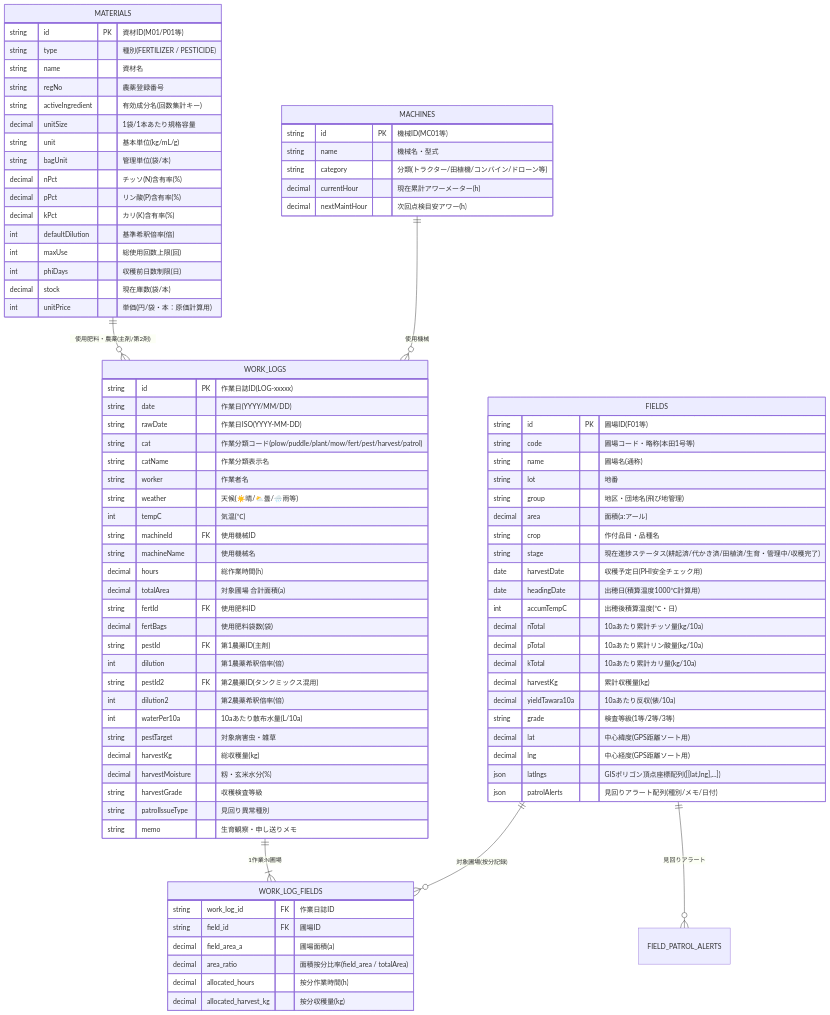
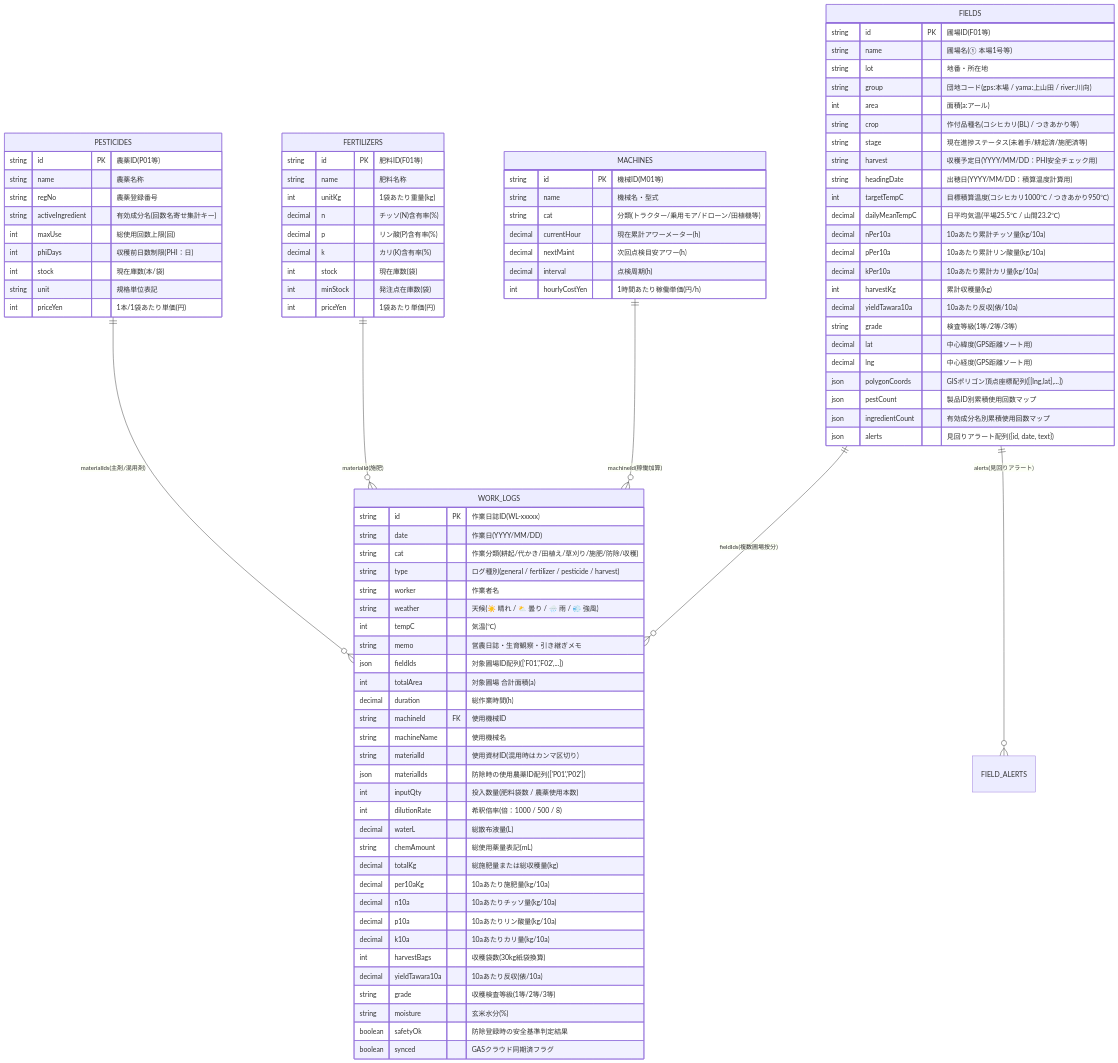
The third of 3 diagrams in docs/requirements_and_db_design.md (SHOMASATOADV/einou), drawn with Mermaid before and after one commit. The commit also changed other lines of this file and 5 other files, not shown here.

````diff
--- a/docs/requirements_and_db_design.md
+++ b/docs/requirements_and_db_design.md
@@ -169,96 +168,101 @@
 ```mermaid
 erDiagram
-    FIELDS ||--o{ WORK_LOG_FIELDS : "対象圃場(按分記録)"
-    FIELDS ||--o{ FIELD_PATROL_ALERTS : "見回りアラート"
-    WORK_LOGS ||--|{ WORK_LOG_FIELDS : "1作業:N圃場"
-    MACHINES ||--o{ WORK_LOGS : "使用機械"
-    MATERIALS ||--o{ WORK_LOGS : "使用肥料・農薬(主剤/第2剤)"
+    FIELDS ||--o{ WORK_LOGS : "fieldIds(複数圃場按分)"
+    FIELDS ||--o{ FIELD_ALERTS : "alerts(見回りアラート)"
+    MACHINES ||--o{ WORK_LOGS : "machineId(稼働加算)"
+    FERTILIZERS ||--o{ WORK_LOGS : "materialId(施肥)"
+    PESTICIDES ||--o{ WORK_LOGS : "materialIds(主剤/混用剤)"
 
     FIELDS {
         string id PK "圃場ID(F01等)"
-        string code "圃場コード・略称(本田1号等)"
-        string name "圃場名(通称)"
-        string lot "地番"
-        string group "地区・団地名(飛び地管理)"
-        decimal area "面積(a:アール)"
-        string crop "作付品目・品種名"
-        string stage "現在進捗ステータス(耕起済/代かき済/田植済/生育・管理中/収穫完了)"
-        date harvestDate "収穫予定日(PHI安全チェック用)"
-        date headingDate "出穂日(積算温度1000℃計算用)"
-        int accumTempC "出穂後積算温度(℃・日)"
-        decimal nTotal "10aあたり累計チッソ量(kg/10a)"
-        decimal pTotal "10aあたり累計リン酸量(kg/10a)"
-        decimal kTotal "10aあたり累計カリ量(kg/10a)"
-        decimal harvestKg "累計収穫量(kg)"
+        string name "圃場名(① 本場1号等)"
+        string lot "地番・所在地"
+        string group "団地コード(gps:本場 / yama:上山田 / river:川向)"
+        int area "面積(a:アール)"
+        string crop "作付品種名(コシヒカリ(BL) / つきあかり等)"
+        string stage "現在進捗ステータス(未着手/耕起済/施肥済等)"
+        string harvest "収穫予定日(YYYY/MM/DD：PHI安全チェック用)"
+        string headingDate "出穂日(YYYY/MM/DD：積算温度計算用)"
+        int targetTempC "目標積算温度(コシヒカリ1000℃ / つきあかり950℃)"
+        decimal dailyMeanTempC "日平均気温(平場25.5℃ / 山間23.2℃)"
+        decimal nPer10a "10aあたり累計チッソ量(kg/10a)"
+        decimal pPer10a "10aあたり累計リン酸量(kg/10a)"
+        decimal kPer10a "10aあたり累計カリ量(kg/10a)"
+        int harvestKg "累計収穫量(kg)"
         decimal yieldTawara10a "10aあたり反収(俵/10a)"
         string grade "検査等級(1等/2等/3等)"
         decimal lat "中心緯度(GPS距離ソート用)"
         decimal lng "中心経度(GPS距離ソート用)"
-        json latlngs "GISポリゴン頂点座標配列([[lat,lng],...])"
-        json patrolAlerts "見回りアラート配列(種別/メモ/日付)"
+        json polygonCoords "GISポリゴン頂点座標配列([[lng,lat],...])"
+        json pestCount "製品ID別累積使用回数マップ"
+        json ingredientCount "有効成分名別累積使用回数マップ"
+        json alerts "見回りアラート配列({id, date, text})"
     }
 
     WORK_LOGS {
-        string id PK "作業日誌ID(LOG-xxxxx)"
+        string id PK "作業日誌ID(WL-xxxxx)"
         string date "作業日(YYYY/MM/DD)"
-        string rawDate "作業日ISO(YYYY-MM-DD)"
-        string cat "作業分類コード(plow/puddle/plant/mow/fert/pest/harvest/patrol)"
-        string catName "作業分類表示名"
+        string cat "作業分類(耕起/代かき/田植え/草刈り/施肥/防除/収穫)"
+        string type "ログ種別(general / fertilizer / pesticide / harvest)"
         string worker "作業者名"
-        string weather "天候(☀️晴/⛅曇/🌧️雨等)"
+        string weather "天候(☀️ 晴れ / ⛅ 曇り / 🌧️ 雨 / 💨 強風)"
         int tempC "気温(℃)"
+        string memo "営農日誌・生育観察・引き継ぎメモ"
+        json fieldIds "対象圃場ID配列(['F01','F02',...])"
+        int totalArea "対象圃場 合計面積(a)"
+        decimal duration "総作業時間(h)"
         string machineId FK "使用機械ID"
         string machineName "使用機械名"
-        decimal hours "総作業時間(h)"
-        decimal totalArea "対象圃場 合計面積(a)"
-        string fertId FK "使用肥料ID"
-        decimal fertBags "使用肥料袋数(袋)"
-        string pestId FK "第1農薬ID(主剤)"
-        int dilution "第1農薬希釈倍率(倍)"
-        string pestId2 FK "第2農薬ID(タンクミックス混用)"
-        int dilution2 "第2農薬希釈倍率(倍)"
-        int waterPer10a "10aあたり散布水量(L/10a)"
-        string pestTarget "対象病害虫・雑草"
-        decimal harvestKg "総収穫量(kg)"
-        decimal harvestMoisture "籾・玄米水分(%)"
-        string harvestGrade "収穫検査等級"
-        string patrolIssueType "見回り異常種別"
-        string memo "生育観察・申し送りメモ"
+        string materialId "使用資材ID(混用時はカンマ区切り)"
+        json materialIds "防除時の使用農薬ID配列(['P01','P02'])"
+        int inputQty "投入数量(肥料袋数 / 農薬使用本数)"
+        int dilutionRate "希釈倍率(倍：1000 / 500 / 8)"
+        decimal waterL "総散布液量(L)"
+        string chemAmount "総使用薬量表記(mL)"
+        decimal totalKg "総施肥量または総収穫量(kg)"
+        decimal per10aKg "10aあたり施肥量(kg/10a)"
+        decimal n10a "10aあたりチッソ量(kg/10a)"
+        decimal p10a "10aあたりリン酸量(kg/10a)"
+        decimal k10a "10aあたりカリ量(kg/10a)"
+        int harvestBags "収穫袋数(30kg紙袋換算)"
+        decimal yieldTawara10a "10aあたり反収(俵/10a)"
+        string grade "収穫検査等級(1等/2等/3等)"
+        string moisture "玄米水分(%)"
+        boolean safetyOk "防除登録時の安全基準判定結果"
+        boolean synced "GASクラウド同期済フラグ"
     }
 
-    WORK_LOG_FIELDS {
-        string work_log_id FK "作業日誌ID"
-        string field_id FK "圃場ID"
-        decimal field_area_a "圃場面積(a)"
-        decimal area_ratio "面積按分比率(field_area / totalArea)"
-        decimal allocated_hours "按分作業時間(h)"
-        decimal allocated_harvest_kg "按分収穫量(kg)"
+    FERTILIZERS {
+        string id PK "肥料ID(F01等)"
+        string name "肥料名称"
+        int unitKg "1袋あたり重量(kg)"
+        decimal n "チッソ(N)含有率(%)"
+        decimal p "リン酸(P)含有率(%)"
+        decimal k "カリ(K)含有率(%)"
+        int stock "現在庫数(袋)"
+        int minStock "発注点在庫数(袋)"
+        int priceYen "1袋あたり単価(円)"
     }
 
-    MATERIALS {
-        string id PK "資材ID(M01/P01等)"
-        string type "種別(FERTILIZER / PESTICIDE)"
-        string name "資材名"
+    PESTICIDES {
+        string id PK "農薬ID(P01等)"
+        string name "農薬名称"
         string regNo "農薬登録番号"
-        string activeIngredient "有効成分名(回数集計キー)"
-        decimal unitSize "1袋/1本あたり規格容量"
-        string unit "基本単位(kg/mL/g)"
-        string bagUnit "管理単位(袋/本)"
-        decimal nPct "チッソ(N)含有率(%)"
-        decimal pPct "リン酸(P)含有率(%)"
-        decimal kPct "カリ(K)含有率(%)"
-        int defaultDilution "基準希釈倍率(倍)"
+        string activeIngredient "有効成分名(回数名寄せ集計キー)"
         int maxUse "総使用回数上限(回)"
-        int phiDays "収穫前日数制限(日)"
-        decimal stock "現在庫数(袋/本)"
-        int unitPrice "単価(円/袋・本：原価計算用)"
+        int phiDays "収穫前日数制限(PHI：日)"
+        int stock "現在庫数(本/袋)"
+        string unit "規格単位表記"
+        int priceYen "1本/1袋あたり単価(円)"
     }
 
     MACHINES {
-        string id PK "機械ID(MC01等)"
+        string id PK "機械ID(M01等)"
         string name "機械名・型式"
-        string category "分類(トラクター/田植機/コンバイン/ドローン等)"
+        string cat "分類(トラクター/乗用モア/ドローン/田植機等)"
         decimal currentHour "現在累計アワーメーター(h)"
-        decimal nextMaintHour "次回点検目安アワー(h)"
+        decimal nextMaint "次回点検目安アワー(h)"
+        decimal interval "点検周期(h)"
+        int hourlyCostYen "1時間あたり稼働単価(円/h)"
     }
 ```
````
